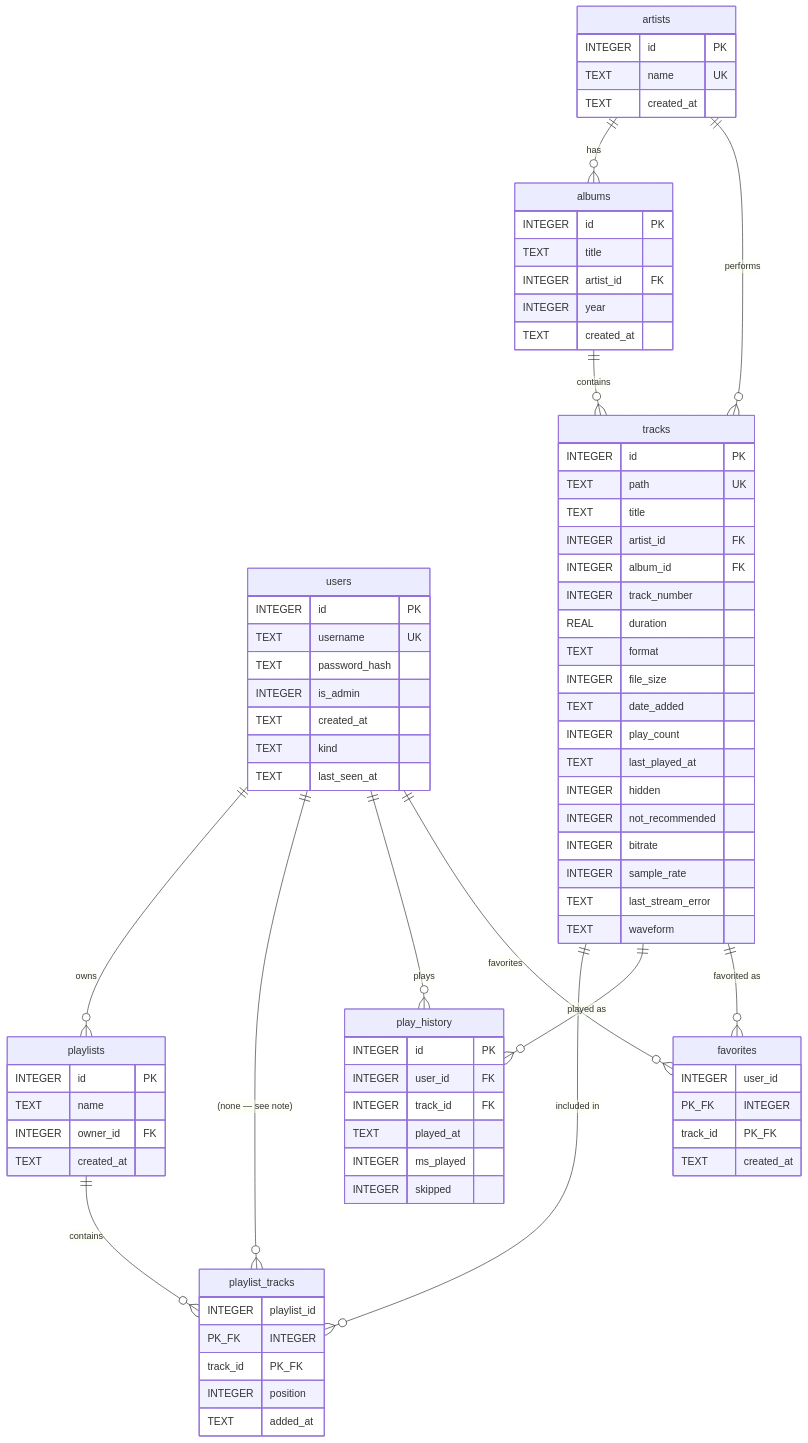
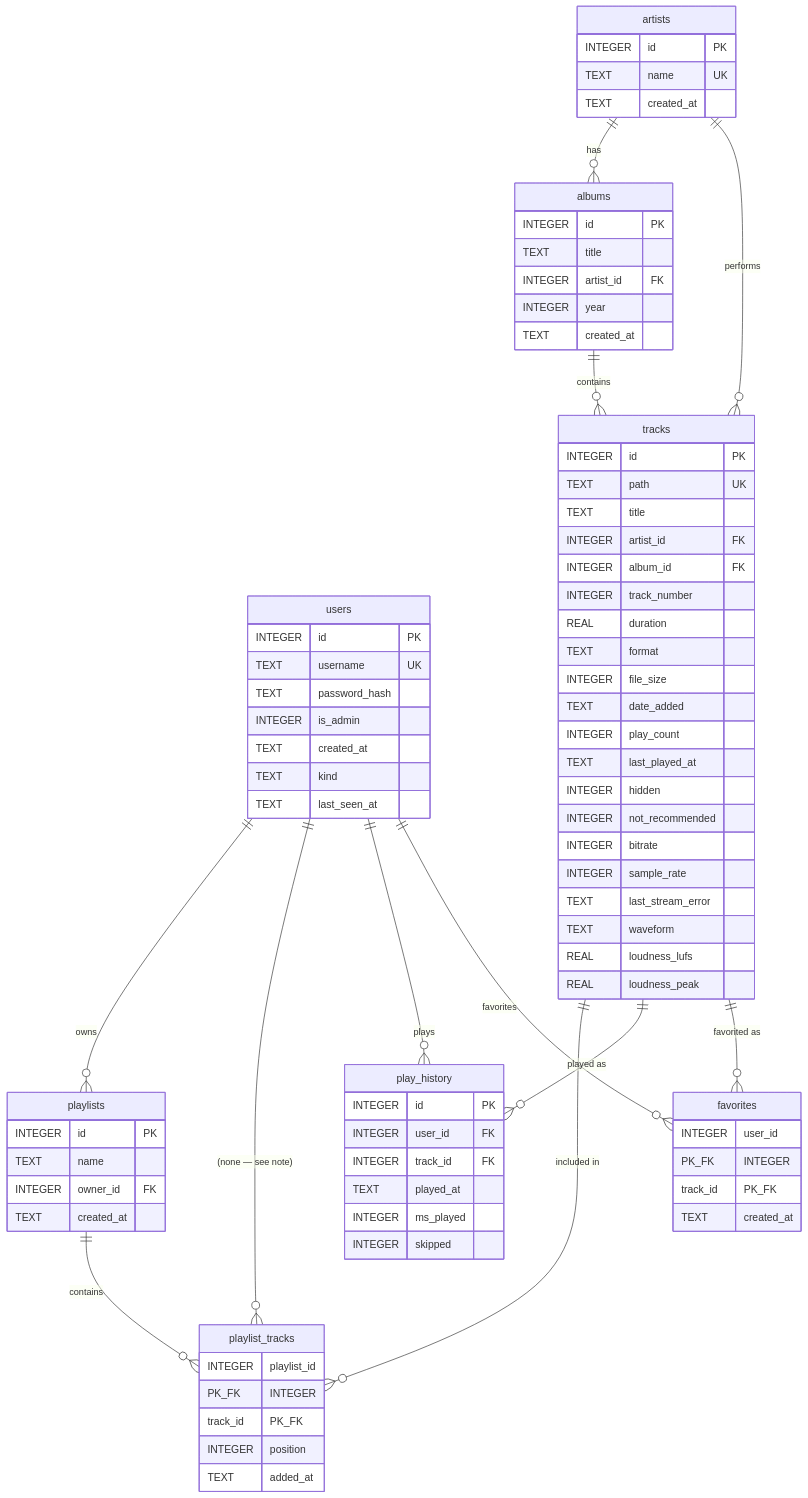
One commit to meranisu/brainlessmusic changed the diagram in .docs/reference/database-schema.md. Above: the diagram before and after it, drawn with Mermaid. The commit also changed other lines of this file and 47 other files, not shown here.

```diff
--- a/.docs/reference/database-schema.md
+++ b/.docs/reference/database-schema.md
@@ -72,6 +72,8 @@
         INTEGER sample_rate
         TEXT last_stream_error
         TEXT waveform
+        REAL loudness_lufs
+        REAL loudness_peak
     }
     playlists {
         INTEGER id PK
```
